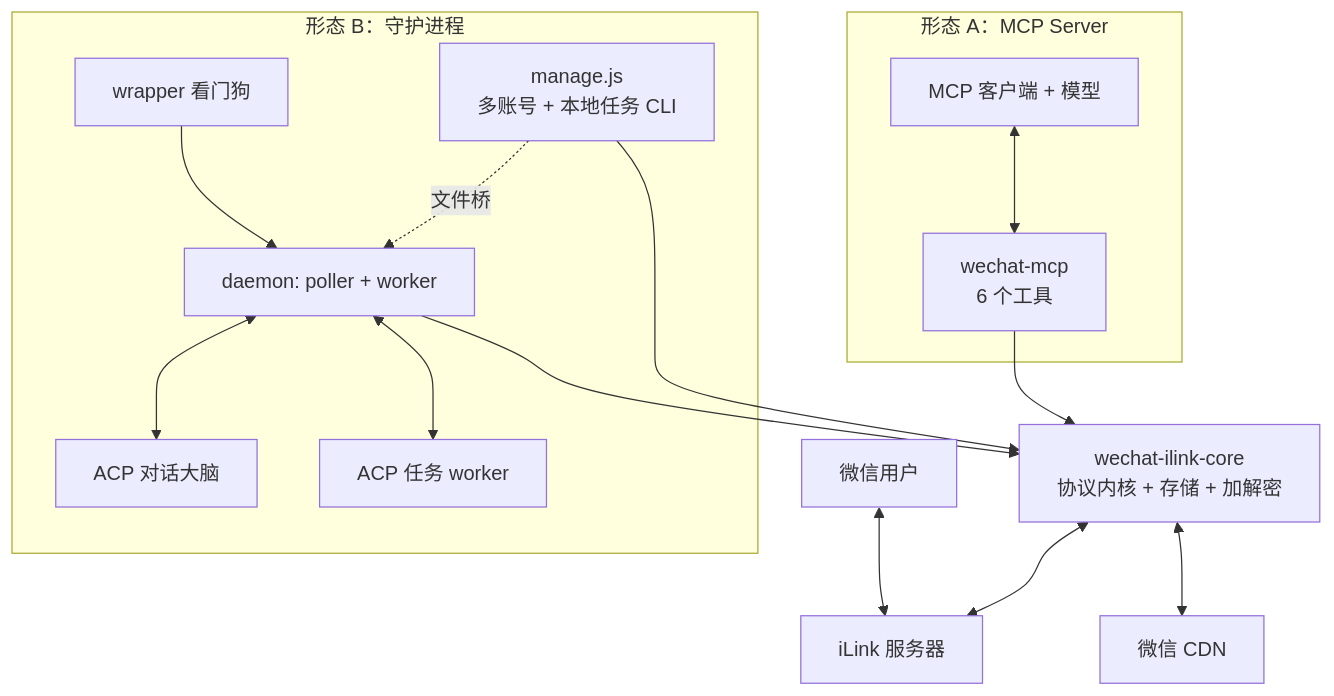
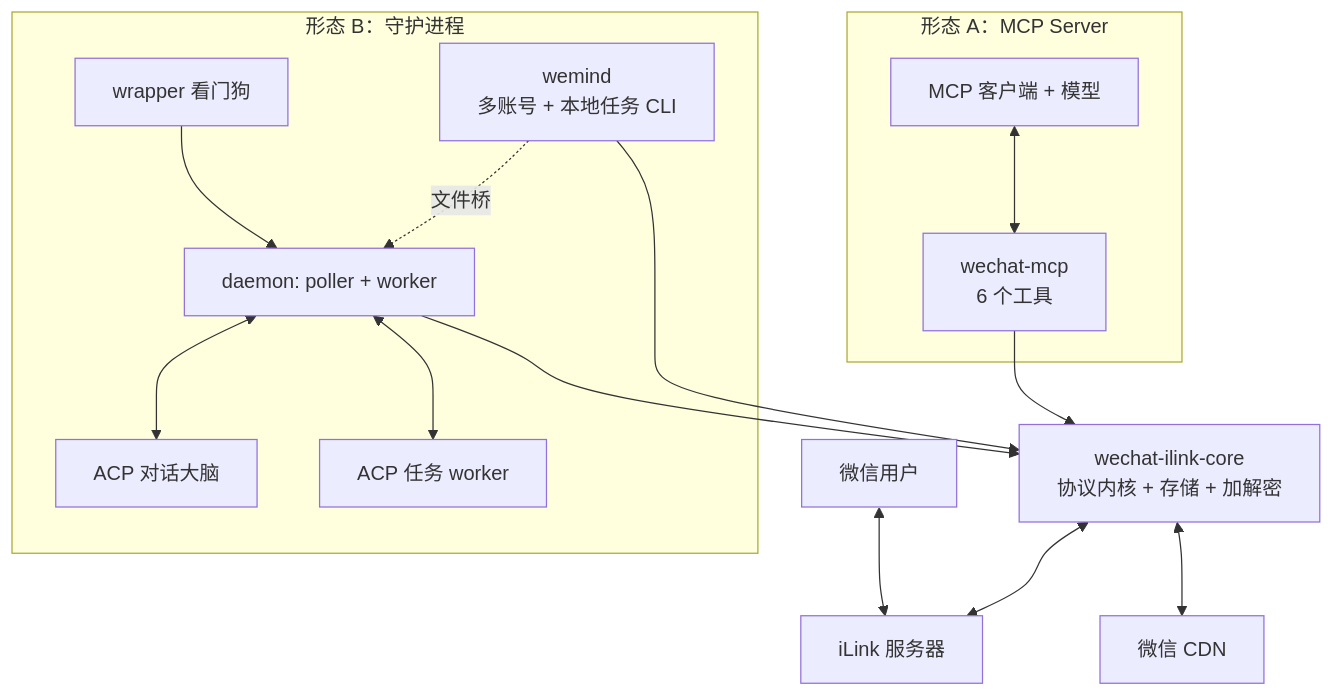
Before and after one commit to imwangpan/WeMind: the sixth of 6 diagrams in docs/repowiki/02-系统架构.md, drawn with Mermaid. The commit also changed 10 other files, not shown here.

Commit message:
docs: 同步 manage.js → wemind（CLI 化命令）+ 加 wemind/cli.js 两种形态说明

````diff
--- a/docs/repowiki/02-系统架构.md
+++ b/docs/repowiki/02-系统架构.md
@@ -185,29 +185,29 @@
 ```mermaid
 graph TB
     U["微信用户"] <--> ILINK["iLink 服务器"]
 
     subgraph 形态A["形态 A：MCP Server"]
         MCP["wechat-mcp<br/>6 个工具"]
         CLIENT["MCP 客户端 + 模型"]
         CLIENT <--> MCP
     end
 
     subgraph 形态B["形态 B：守护进程"]
         WRAP["wrapper 看门狗"]
         DM["daemon: poller + worker"]
         BR["ACP 对话大脑"]
         WK["ACP 任务 worker"]
-        MANAGE["manage.js<br/>多账号 + 本地任务 CLI"]
+        MANAGE["wemind<br/>多账号 + 本地任务 CLI"]
         WRAP --> DM
         DM <--> BR
         DM <--> WK
         MANAGE -.文件桥.-> DM
     end
 
     CORE["wechat-ilink-core<br/>协议内核 + 存储 + 加解密"]
     MCP --> CORE
     DM --> CORE
     MANAGE --> CORE
     CORE <--> ILINK
     CORE <--> CDN["微信 CDN"]
 ```
````
